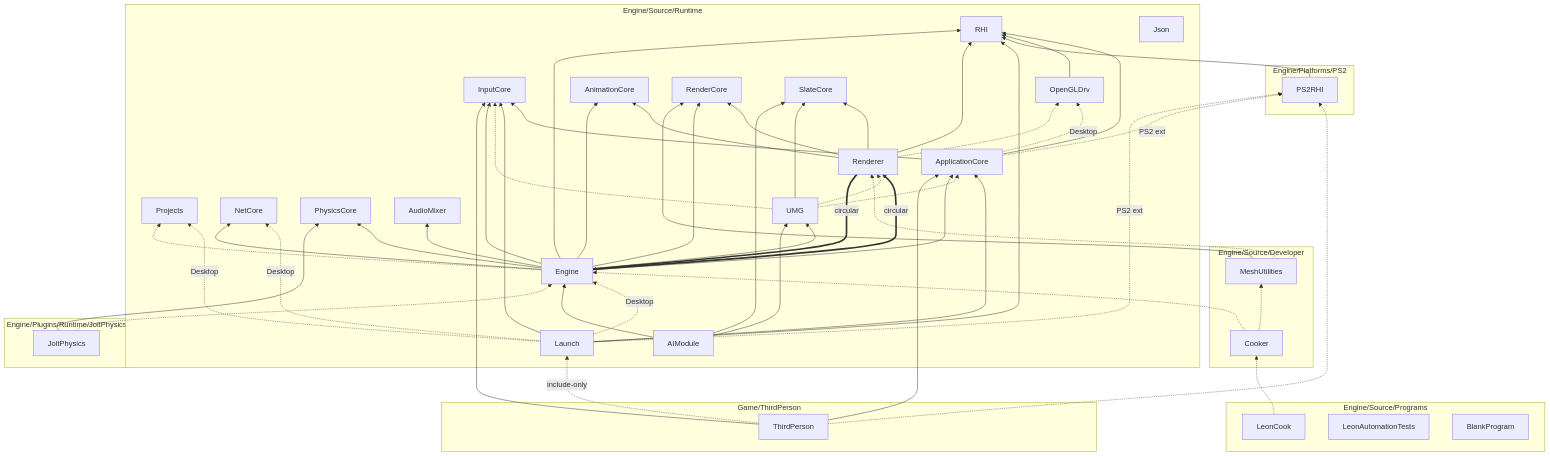
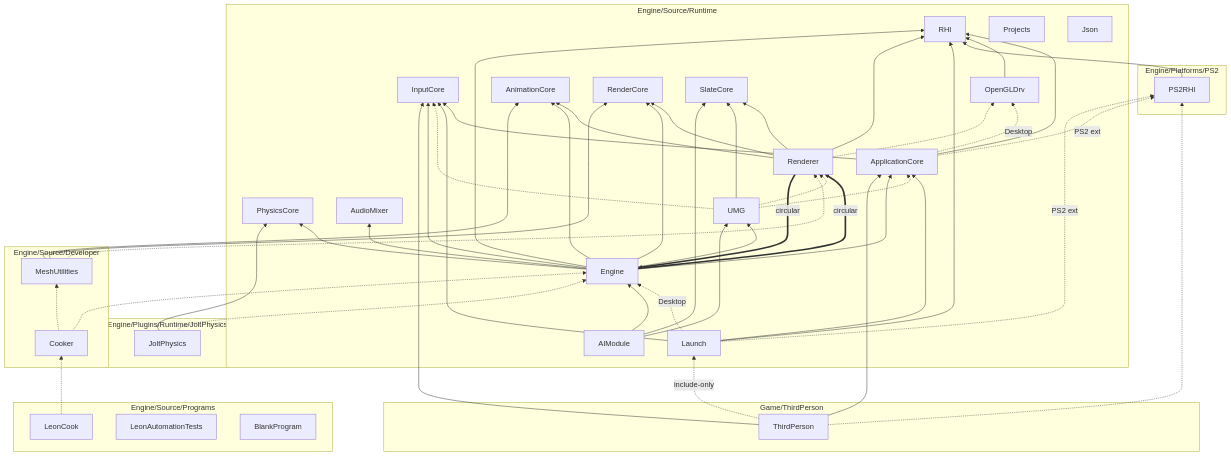
Before and after one commit to danielbarretoes/LeonEngine-PS2: the diagram in Docs/ARCHITECTURE.md, drawn with Mermaid. The commit also changed other lines of this file and 25 other files, not shown here.

```diff
--- a/Docs/ARCHITECTURE.md
+++ b/Docs/ARCHITECTURE.md
@@ -124,7 +124,6 @@
     Launch
     Projects
     Json
-    NetCore
     PhysicsCore
     AnimationCore
     AudioMixer
@@ -164,8 +163,6 @@
   Launch --> ApplicationCore
   Launch --> RHI
   Launch -. "Desktop" .-> Engine
-  Launch -. "Desktop" .-> NetCore
-  Launch -. "Desktop" .-> Projects
   Launch -. "PS2 ext" .-> PS2RHI
   Renderer --> RHI
   Renderer --> RenderCore
@@ -186,12 +183,11 @@
   Engine --> PhysicsCore
   Engine --> AnimationCore
   Engine --> AudioMixer
-  Engine --> NetCore
-  Engine -.-> Projects
   AIModule --> Engine
   AIModule --> UMG
   AIModule --> SlateCore
   MeshUtilities --> RenderCore
+  MeshUtilities --> AnimationCore
   MeshUtilities -.-> Renderer
   Cooker -.-> Engine
   Cooker -.-> MeshUtilities
```
